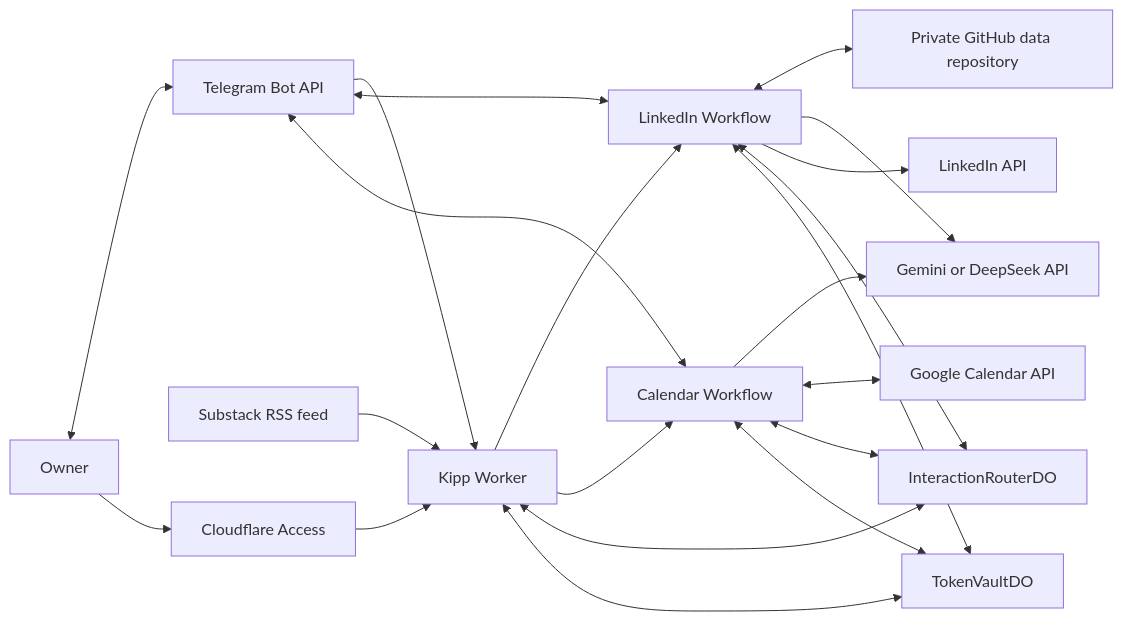
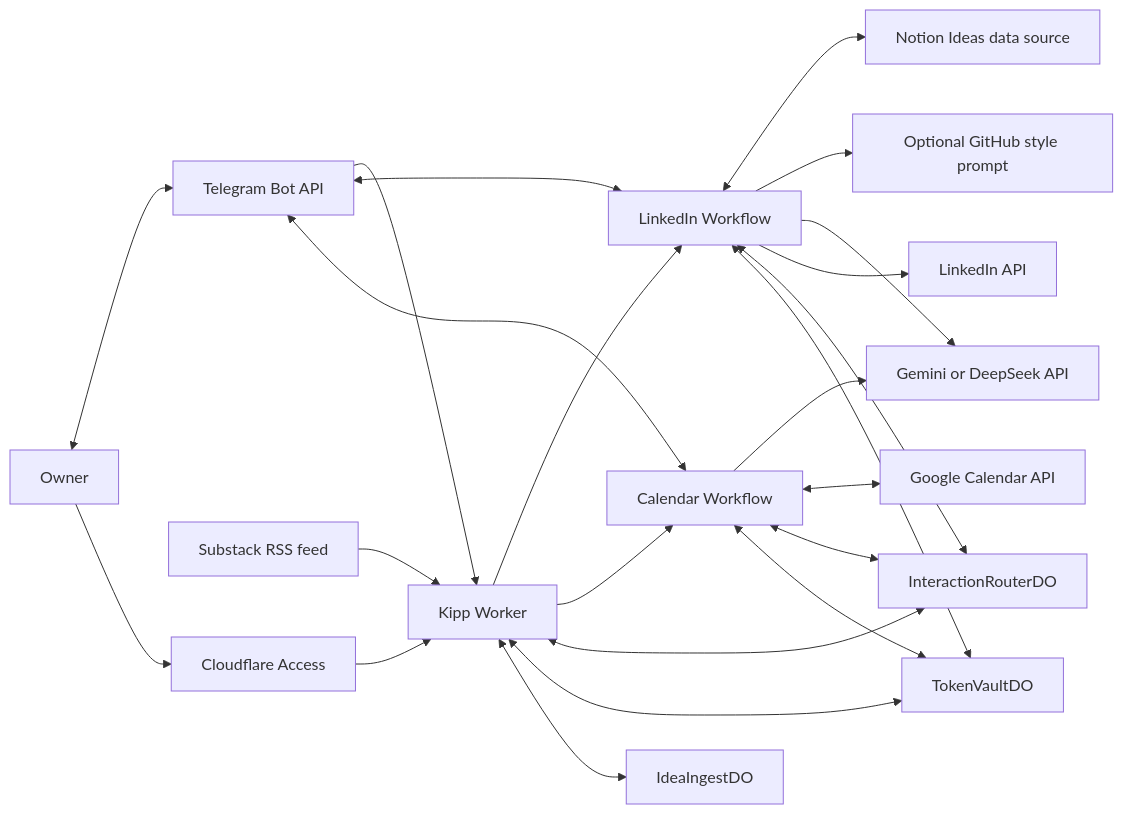
The first of 2 diagrams in docs/architecture/system.md (satwikhebbar/kipp), drawn with Mermaid before and after one commit. The commit also changed other lines of this file and 7 other files, not shown here.

Commit message:
docs: align architecture with Notion idea storage

````diff
--- a/docs/architecture/system.md
+++ b/docs/architecture/system.md
@@ -10,24 +10,26 @@
 ```mermaid
 flowchart LR
   owner["Owner"] <--> telegram["Telegram Bot API"]
   substack["Substack RSS feed"] --> worker["Kipp Worker"]
   telegram --> worker
   owner --> access["Cloudflare Access"] --> worker
 
   worker --> linkedinFlow["LinkedIn Workflow"]
   worker --> calendarFlow["Calendar Workflow"]
   worker <--> router["InteractionRouterDO"]
   worker <--> vault["TokenVaultDO"]
+  worker <--> ingest["IdeaIngestDO"]
 
-  linkedinFlow <--> data["Private GitHub data repository"]
+  linkedinFlow <--> data["Notion Ideas data source"]
+  linkedinFlow --> github["Optional GitHub style prompt"]
   linkedinFlow --> llm["Gemini or DeepSeek API"]
   linkedinFlow --> linkedin["LinkedIn API"]
   calendarFlow --> llm
   calendarFlow <--> calendar["Google Calendar API"]
   linkedinFlow <--> telegram
   calendarFlow <--> telegram
   linkedinFlow <--> router
   calendarFlow <--> router
   linkedinFlow <--> vault
   calendarFlow <--> vault
 ```
````
